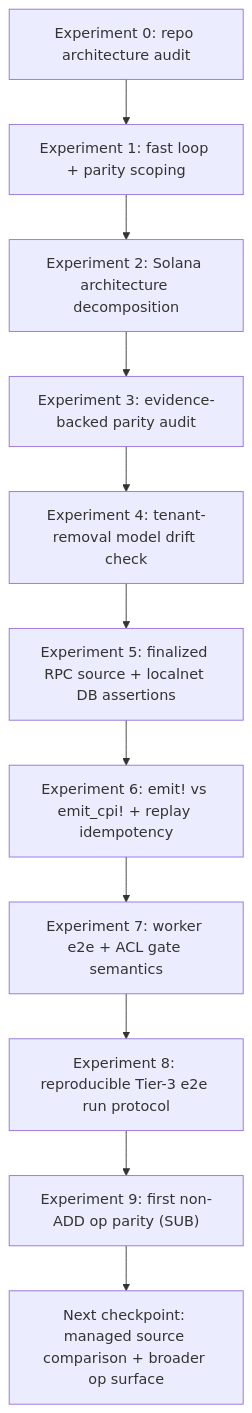
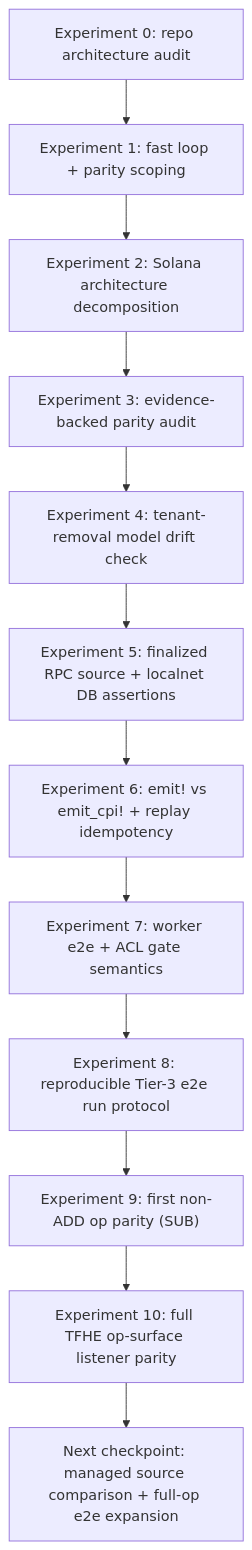
One commit to zama-ai/fhevm changed the diagram in docs/protocol/explorations/solana-host-listener/LEARNING.md. Above: the diagram before and after it, drawn with Mermaid. The commit also changed other lines of this file and 9 other files, not shown here.

Commit message:
solana: add full TFHE symbolic op parity scaffold

````diff
--- a/docs/protocol/explorations/solana-host-listener/LEARNING.md
+++ b/docs/protocol/explorations/solana-host-listener/LEARNING.md
@@ -16,13 +16,14 @@
 ```mermaid
 flowchart TD
   E0["Experiment 0: repo architecture audit"] --> E1["Experiment 1: fast loop + parity scoping"]
   E1 --> E2["Experiment 2: Solana architecture decomposition"]
   E2 --> E3["Experiment 3: evidence-backed parity audit"]
   E3 --> E4["Experiment 4: tenant-removal model drift check"]
   E4 --> E5["Experiment 5: finalized RPC source + localnet DB assertions"]
   E5 --> E6["Experiment 6: emit! vs emit_cpi! + replay idempotency"]
   E6 --> E7["Experiment 7: worker e2e + ACL gate semantics"]
   E7 --> E8["Experiment 8: reproducible Tier-3 e2e run protocol"]
   E8 --> E9["Experiment 9: first non-ADD op parity (SUB)"]
-  E9 --> NX["Next checkpoint: managed source comparison + broader op surface"]
+  E9 --> E10["Experiment 10: full TFHE op-surface listener parity"]
+  E10 --> NX["Next checkpoint: managed source comparison + full-op e2e expansion"]
 ```
````
